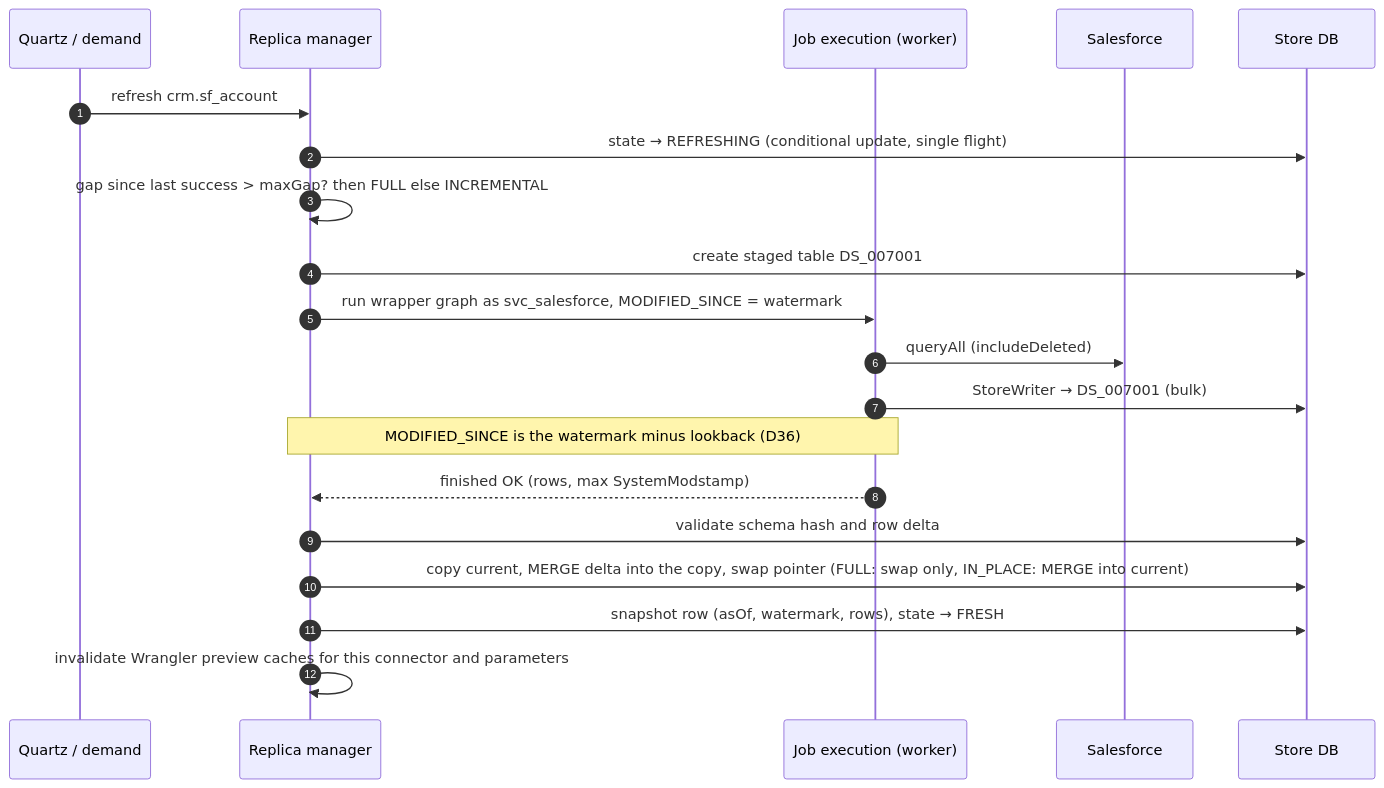
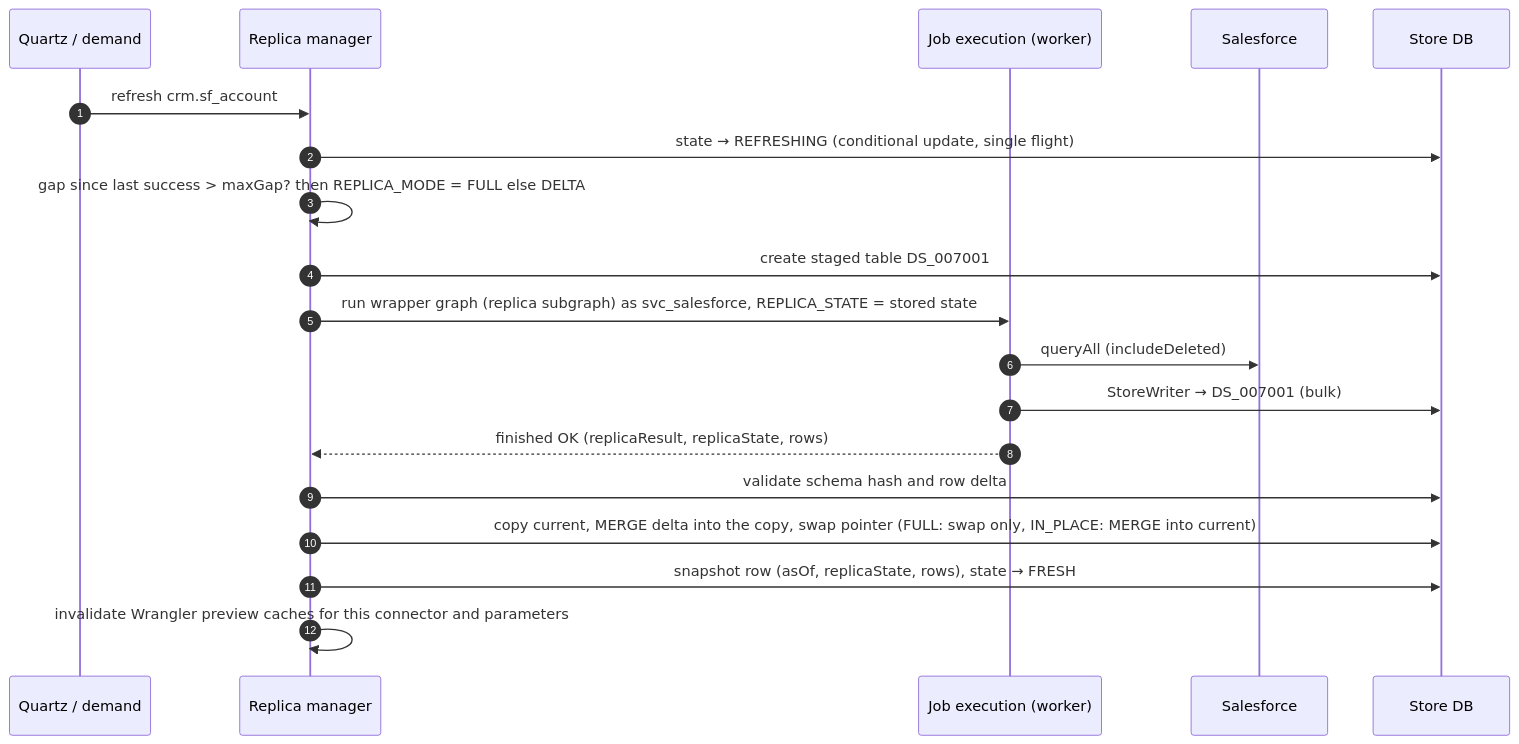
Before and after one commit to dpavlis/clover-datastore: the first of 2 diagrams in spec/08-replicas.md, drawn with Mermaid. The commit also changed other lines of this file and 7 other files, not shown here.

````diff
--- a/spec/08-replicas.md
+++ b/spec/08-replicas.md
@@ -170,23 +201,22 @@
 ```mermaid
 sequenceDiagram
   autonumber
   participant QZ as Quartz / demand
   participant RM as Replica manager
   participant JE as Job execution (worker)
   participant SF as Salesforce
   participant DB as Store DB
 
   QZ->>RM: refresh crm.sf_account
   RM->>DB: state → REFRESHING (conditional update, single flight)
-  RM->>RM: gap since last success > maxGap? then FULL else INCREMENTAL
+  RM->>RM: gap since last success > maxGap? then REPLICA_MODE = FULL else DELTA
   RM->>DB: create staged table DS_007001
-  RM->>JE: run wrapper graph as svc_salesforce, MODIFIED_SINCE = watermark
+  RM->>JE: run wrapper graph (replica subgraph) as svc_salesforce, REPLICA_STATE = stored state
   JE->>SF: queryAll (includeDeleted)
   JE->>DB: StoreWriter → DS_007001 (bulk)
-  Note over RM,JE: MODIFIED_SINCE is the watermark minus lookback (D36)
-  JE-->>RM: finished OK (rows, max SystemModstamp)
+  JE-->>RM: finished OK (replicaResult, replicaState, rows)
   RM->>DB: validate schema hash and row delta
   RM->>DB: copy current, MERGE delta into the copy, swap pointer (FULL: swap only, IN_PLACE: MERGE into current)
-  RM->>DB: snapshot row (asOf, watermark, rows), state → FRESH
+  RM->>DB: snapshot row (asOf, replicaState, rows), state → FRESH
   RM->>RM: invalidate Wrangler preview caches for this connector and parameters
 ```
````
